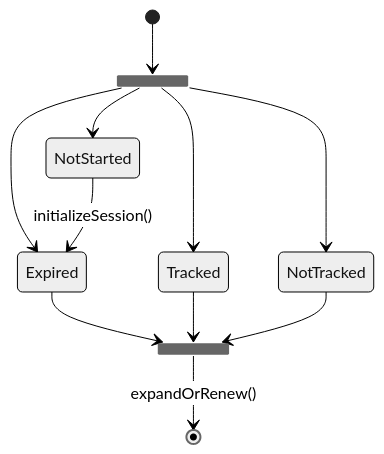
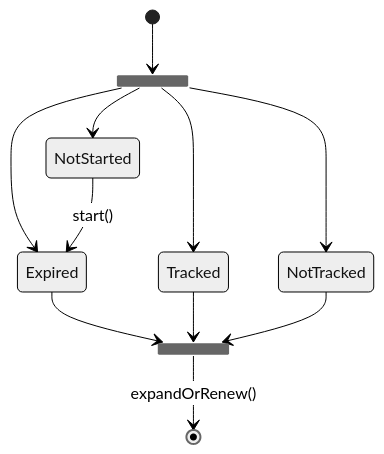
One commit to DataDog/browser-sdk changed the first of 8 diagrams in packages/core/src/domain/session/README.md. Above: the diagram before and after it, drawn with Mermaid (neutral theme). The commit also changed other lines of this file and 8 other files, not shown here.

````diff
--- a/packages/core/src/domain/session/README.md
+++ b/packages/core/src/domain/session/README.md
@@ -12,18 +17,18 @@
 ```mermaid
 stateDiagram-v2
 state fork_state <<fork>>
 state fork_state2 <<fork>>
 
 [*] --> fork_state
 
 fork_state --> NotStarted
 fork_state --> Expired
 fork_state --> Tracked
 fork_state --> NotTracked
-NotStarted --> Expired: initializeSession()
+NotStarted --> Expired: start()
 
 Expired --> fork_state2
 Tracked --> fork_state2
 NotTracked --> fork_state2
 fork_state2 --> [*]: expandOrRenew()
 ```
````
